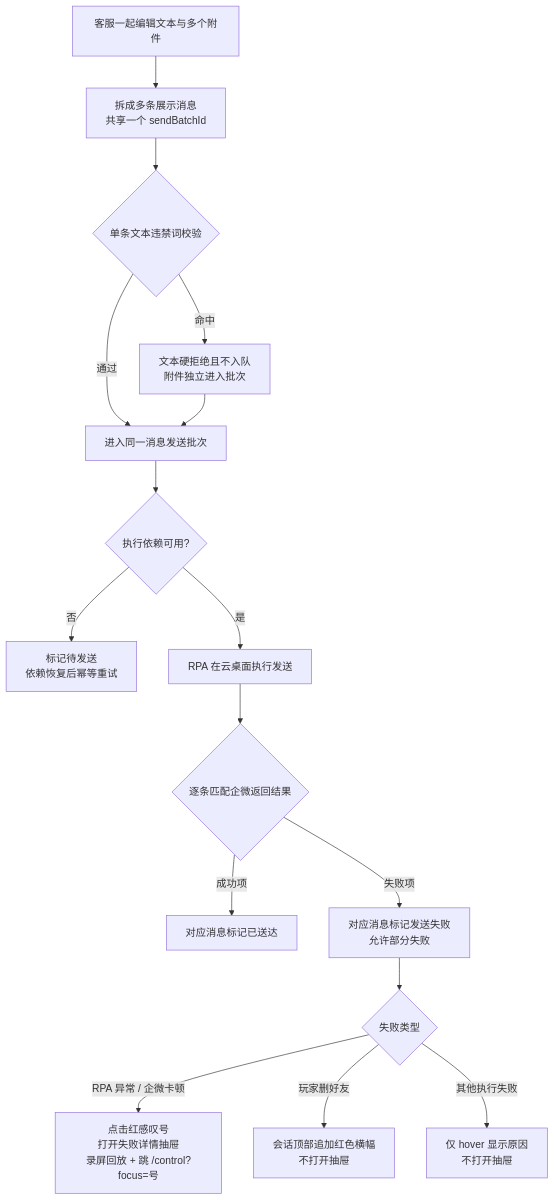
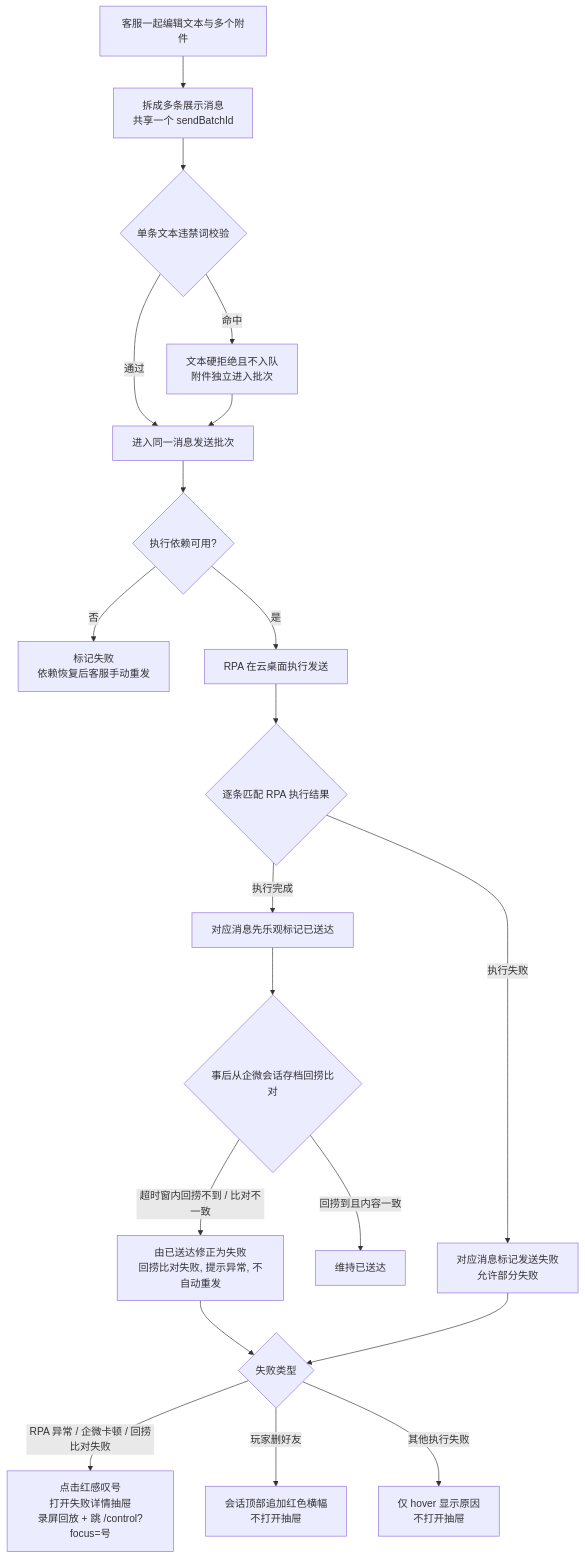
One commit to yan-pang/VIP changed the second of 6 diagrams in project/domains/chat-workbench/design.md. Above: the diagram before and after it, drawn with Mermaid. The commit also changed other lines of this file and 27 other files, not shown here.

````diff
--- a/project/domains/chat-workbench/design.md
+++ b/project/domains/chat-workbench/design.md
@@ -279,19 +299,23 @@
 ```mermaid
 graph TD
     A[客服一起编辑文本与多个附件] --> B[拆成多条展示消息<br/>共享一个 sendBatchId]
     B --> C{单条文本违禁词校验}
     C -- 命中 --> C1[文本硬拒绝且不入队<br/>附件独立进入批次]
     C -- 通过 --> D[进入同一消息发送批次]
     D --> D1{执行依赖可用?}
-    D1 -- 否 --> D2[标记待发送<br/>依赖恢复后幂等重试]
+    D1 -- 否 --> D2[标记失败<br/>依赖恢复后客服手动重发]
     D1 -- 是 --> E
     C1 --> D
     E[RPA 在云桌面执行发送]
-    E --> F{逐条匹配企微返回结果}
-    F -- 成功项 --> G[对应消息标记已送达]
-    F -- 失败项 --> H[对应消息标记发送失败<br/>允许部分失败]
+    E --> F{逐条匹配 RPA 执行结果}
+    F -- 执行完成 --> G[对应消息先乐观标记已送达]
+    F -- 执行失败 --> H[对应消息标记发送失败<br/>允许部分失败]
+    G --> R{事后从企微会话存档回捞比对}
+    R -- 回捞到且内容一致 --> G2[维持已送达]
+    R -- 超时窗内回捞不到 / 比对不一致 --> H2[由已送达修正为失败<br/>回捞比对失败, 提示异常, 不自动重发]
+    H2 --> I
     H --> I{失败类型}
-    I -- RPA 异常 / 企微卡顿 --> I1[点击红感叹号<br/>打开失败详情抽屉<br/>录屏回放 + 跳 /control?focus=号]
+    I -- RPA 异常 / 企微卡顿 / 回捞比对失败 --> I1[点击红感叹号<br/>打开失败详情抽屉<br/>录屏回放 + 跳 /control?focus=号]
     I -- 玩家删好友 --> I2[会话顶部追加红色横幅<br/>不打开抽屉]
     I -- 其他执行失败 --> I3[仅 hover 显示原因<br/>不打开抽屉]
 ```
````
